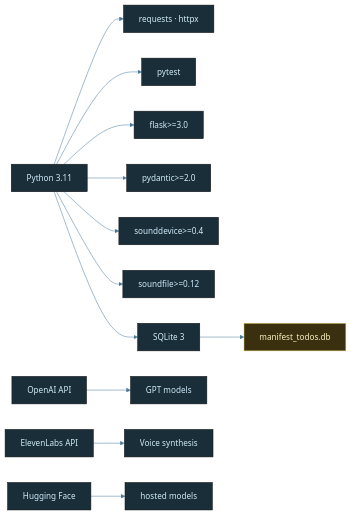
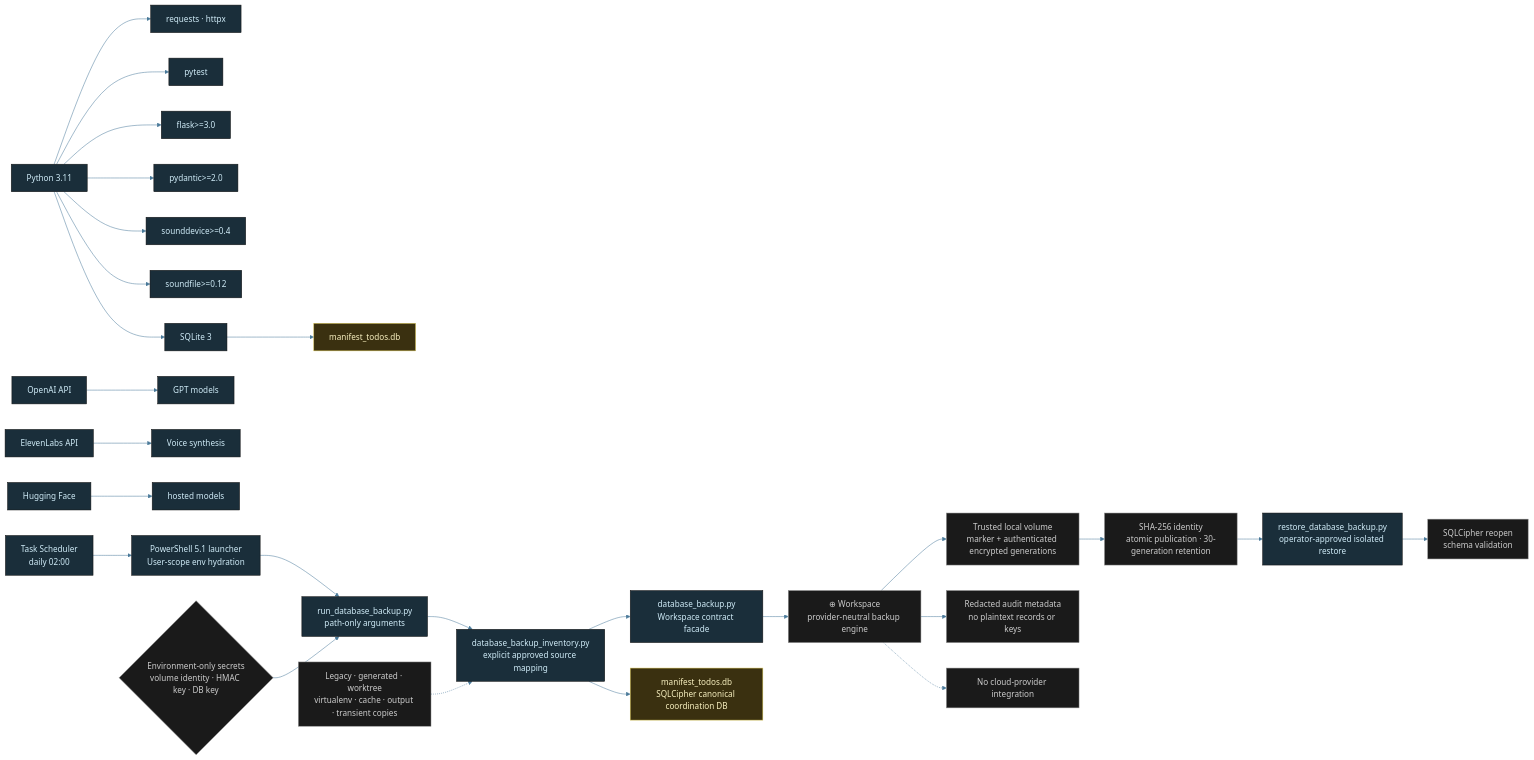
One commit to tylerdrakemusic/-Workspace changed the diagram in diagrams/manifest-tech-stack.mmd. Above: the diagram before and after it, drawn with Mermaid. The commit also changed 4 other files, not shown here.

Commit message:
FR-20260816: document AI-Manifest backup integration

```diff
--- a/diagrams/manifest-tech-stack.mmd
+++ b/diagrams/manifest-tech-stack.mmd
@@ -1,28 +1,48 @@
 %%{init: {'theme': 'base', 'themeVariables': {'primaryColor': '#1a2e3a', 'primaryTextColor': '#d0ecf8', 'edgeLabelBackground': '#0f1318', 'lineColor': '#4a7a9a'}}}%%
 graph LR
     Python[Python 3.11] --> Requests[requests · httpx]
     Python --> Pytest[pytest]
     Python --> Flask[flask>=3.0]
     Python --> Pydantic[pydantic>=2.0]
     Python --> Sounddevice[sounddevice>=0.4]
     Python --> Soundfile[soundfile>=0.12]
     Python --> SQLite[SQLite 3]
     SQLite --> TodosDB[manifest_todos.db]
     class SQLite lib
     class TodosDB db
     OpenAI[OpenAI API] --> GPT[GPT models]
     ElevenLabs[ElevenLabs API] --> TTS[Voice synthesis]
     HF[Hugging Face] --> Models[hosted models]
     class Python lang
     class OpenAI,ElevenLabs,HF api
     class Requests,Pytest,Flask,Pydantic,Sounddevice,Soundfile,GPT,TTS,Models lib
 
+    %% FR-20260816-ai-manifest-database-backup-restore
+    BackupFacade[database_backup.py<br/>Workspace contract facade] --> BackupEngine[⊕ Workspace<br/>provider-neutral backup engine]
+    BackupInventory[database_backup_inventory.py<br/>explicit approved source mapping] --> BackupFacade
+    BackupInventory --> ManifestTodoDB[manifest_todos.db<br/>SQLCipher canonical coordination DB]
+    BackupLauncher[PowerShell 5.1 launcher<br/>User-scope env hydration] --> BackupRunner[run_database_backup.py<br/>path-only arguments]
+    BackupTask[Task Scheduler<br/>daily 02:00] --> BackupLauncher
+    BackupRunner --> BackupInventory
+    BackupSecrets{Environment-only secrets<br/>volume identity · HMAC key · DB key} --> BackupRunner
+    BackupEngine --> BackupStorage[Trusted local volume<br/>marker + authenticated encrypted generations]
+    BackupStorage --> BackupIntegrity[SHA-256 identity<br/>atomic publication · 30-generation retention]
+    RestoreTool[restore_database_backup.py<br/>operator-approved isolated restore] --> RestoreCheck[SQLCipher reopen<br/>schema validation]
+    BackupIntegrity --> RestoreTool
+    BackupEngine --> Audit[Redacted audit metadata<br/>no plaintext records or keys]
+    BackupEngine -.-> NoCloud[No cloud-provider integration]
+    BackupExclusions[Legacy · generated · worktree<br/>virtualenv · cache · output · transient copies] -.-> BackupInventory
+    class BackupFacade,BackupInventory,BackupLauncher,BackupRunner,BackupTask,RestoreTool util
+    class BackupEngine,BackupStorage,BackupIntegrity,Audit state
+    class ManifestTodoDB db
+    class BackupSecrets,NoCloud,BackupExclusions,RestoreCheck state
+
 classDef life     fill:#1a2e3a,stroke:#6ab4d4,color:#d0ecf8
 classDef music    fill:#3a1a24,stroke:#d47a8f,color:#f8d0dc
 classDef quantum  fill:#251a3a,stroke:#a07adf,color:#e8d0f8
 classDef manifest fill:#3a2e1a,stroke:#d4a96a,color:#f8ead0
 classDef ws       fill:#1a3a30,stroke:#6ad4b4,color:#d0f8ee
 classDef tyler    fill:#2a1a3a,stroke:#9e4aff,color:#fff
 classDef ext      fill:#3a2020,stroke:#ff7a7a,color:#ffd0d0
 classDef db       fill:#3a3010,stroke:#d4c050,color:#f8f0c0
 classDef state    fill:#1a1a1a,stroke:#888888,color:#cccccc
```
